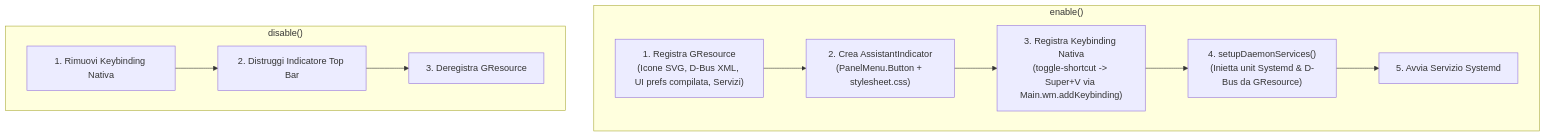
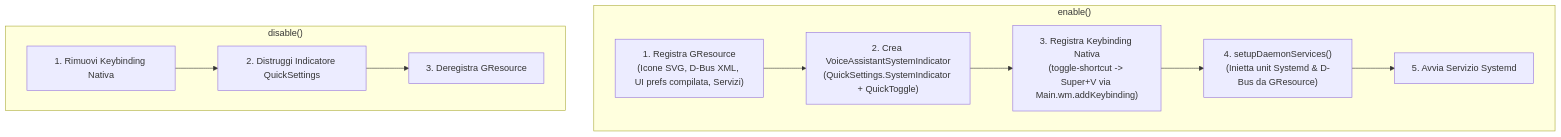
One commit to Scroker/voice-assistant changed the third of 3 diagrams in docs/architecture.md. Above: the diagram before and after it, drawn with Mermaid. The commit also changed other lines of this file and 83 other files, not shown here.

````diff
--- a/docs/architecture.md
+++ b/docs/architecture.md
@@ -120,14 +132,14 @@
 ```mermaid
 flowchart TD
     subgraph enable ["enable()"]
-        A1["1. Registra GResource<br/>(Icone SVG, D-Bus XML, UI prefs compilata, Servizi)"] --> A2["2. Crea AssistantIndicator<br/>(PanelMenu.Button + stylesheet.css)"]
+        A1["1. Registra GResource<br/>(Icone SVG, D-Bus XML, UI prefs compilata, Servizi)"] --> A2["2. Crea VoiceAssistantSystemIndicator<br/>(QuickSettings.SystemIndicator + QuickToggle)"]
         A2 --> A3["3. Registra Keybinding Nativa<br/>(toggle-shortcut -> Super+V via Main.wm.addKeybinding)"]
         A3 --> A4["4. setupDaemonServices()<br/>(Inietta unit Systemd & D-Bus da GResource)"]
         A4 --> A5["5. Avvia Servizio Systemd"]
     end
 
     subgraph disable ["disable()"]
-        B1["1. Rimuovi Keybinding Nativa"] --> B2["2. Distruggi Indicatore Top Bar"]
+        B1["1. Rimuovi Keybinding Nativa"] --> B2["2. Distruggi Indicatore QuickSettings"]
         B2 --> B3["3. Deregistra GResource"]
     end
 ```
````
